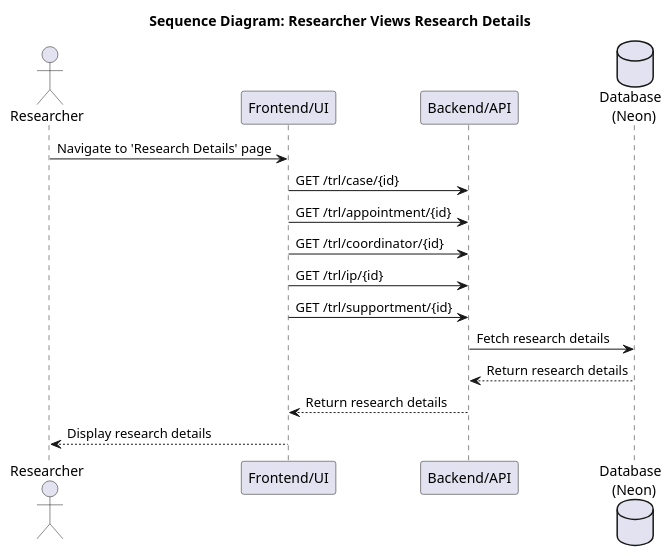
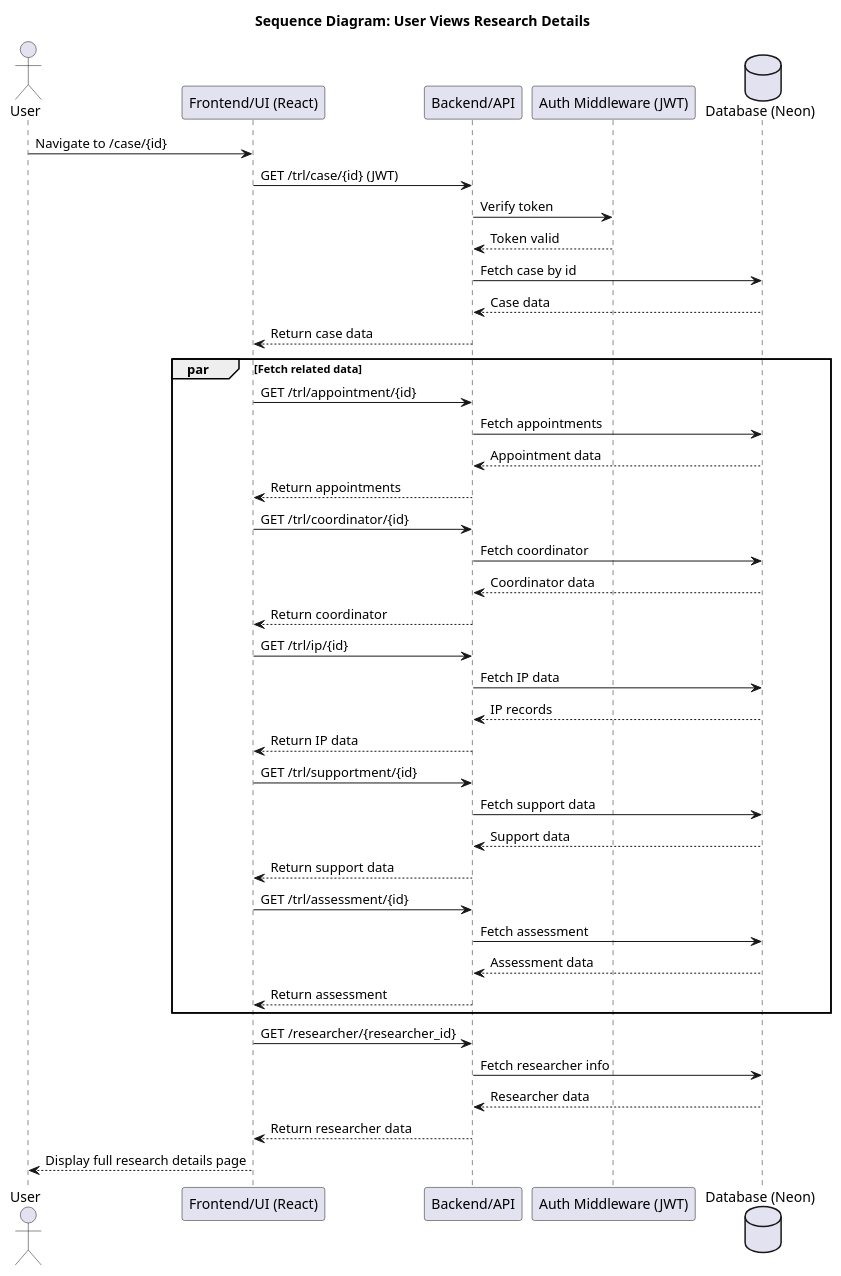
The diagram in sequence diagram/user/user_view_research_details.puml (punyanuch-h/trl-research-frontend), drawn with PlantUML before and after one commit. The commit also changed 30 other files, not shown here.

First line of the commit message:
Fix/sq diagram (#95)

```diff
--- a/sequence diagram/user/user_view_research_details.puml
+++ b/sequence diagram/user/user_view_research_details.puml
@@ -1,20 +1,53 @@
 @startuml
-title Sequence Diagram: Researcher Views Research Details
+title Sequence Diagram: User Views Research Details
 
-actor Researcher
-participant "Frontend/UI" as UI
+actor User
+participant "Frontend/UI (React)" as UI
 participant "Backend/API" as API
-database "Database \n (Neon)" as DB
+participant "Auth Middleware (JWT)" as AUTH
+database "Database (Neon)" as DB
 
-Researcher -> UI: Navigate to 'Research Details' page
-UI -> API: GET /trl/case/{id}
-UI -> API: GET /trl/appointment/{id}
-UI -> API: GET /trl/coordinator/{id}
-UI -> API: GET /trl/ip/{id}
-UI -> API: GET /trl/supportment/{id}
-API -> DB: Fetch research details
-DB --> API: Return research details
-API --> UI: Return research details
-UI --> Researcher: Display research details
+User -> UI: Navigate to /case/{id}
+
+UI -> API: GET /trl/case/{id} (JWT)
+API -> AUTH: Verify token
+AUTH --> API: Token valid
+API -> DB: Fetch case by id
+DB --> API: Case data
+API --> UI: Return case data
+
+par Fetch related data
+    UI -> API: GET /trl/appointment/{id}
+    API -> DB: Fetch appointments
+    DB --> API: Appointment data
+    API --> UI: Return appointments
+
+    UI -> API: GET /trl/coordinator/{id}
+    API -> DB: Fetch coordinator
+    DB --> API: Coordinator data
+    API --> UI: Return coordinator
+
+    UI -> API: GET /trl/ip/{id}
+    API -> DB: Fetch IP data
+    DB --> API: IP records
+    API --> UI: Return IP data
+
+    UI -> API: GET /trl/supportment/{id}
+    API -> DB: Fetch support data
+    DB --> API: Support data
+    API --> UI: Return support data
+
+    UI -> API: GET /trl/assessment/{id}
+    API -> DB: Fetch assessment
+    DB --> API: Assessment data
+    API --> UI: Return assessment
+end
+
+UI -> API: GET /researcher/{researcher_id}
+API -> DB: Fetch researcher info
+DB --> API: Researcher data
+API --> UI: Return researcher data
+
+UI --> User: Display full research details page
 
 @enduml
```
